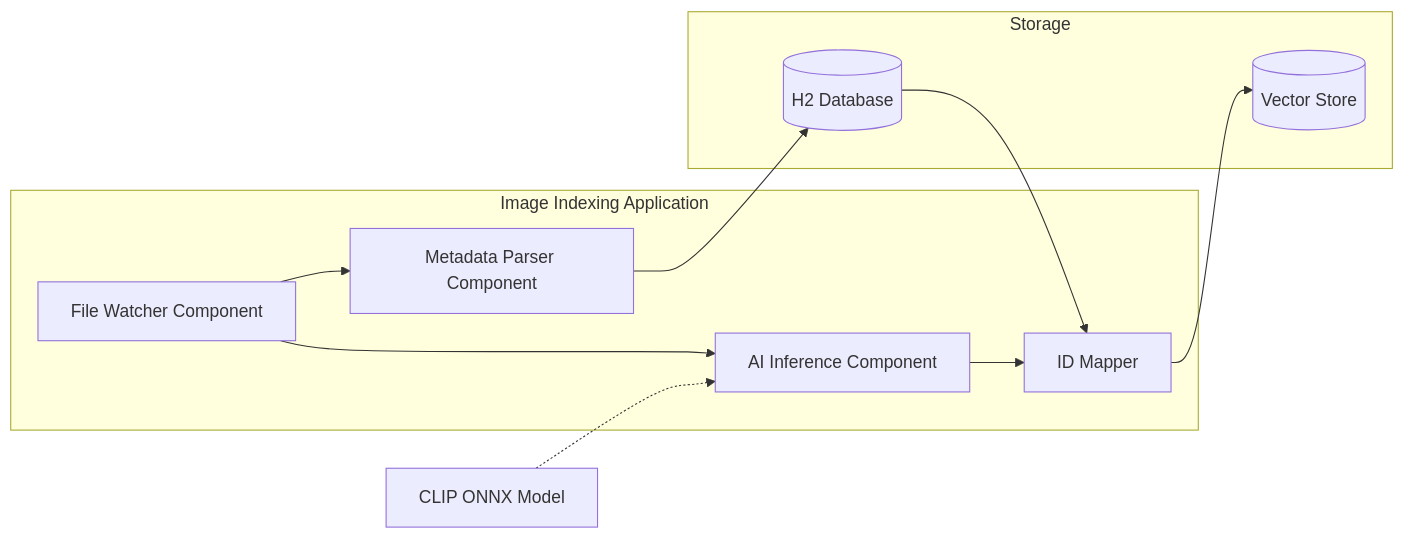
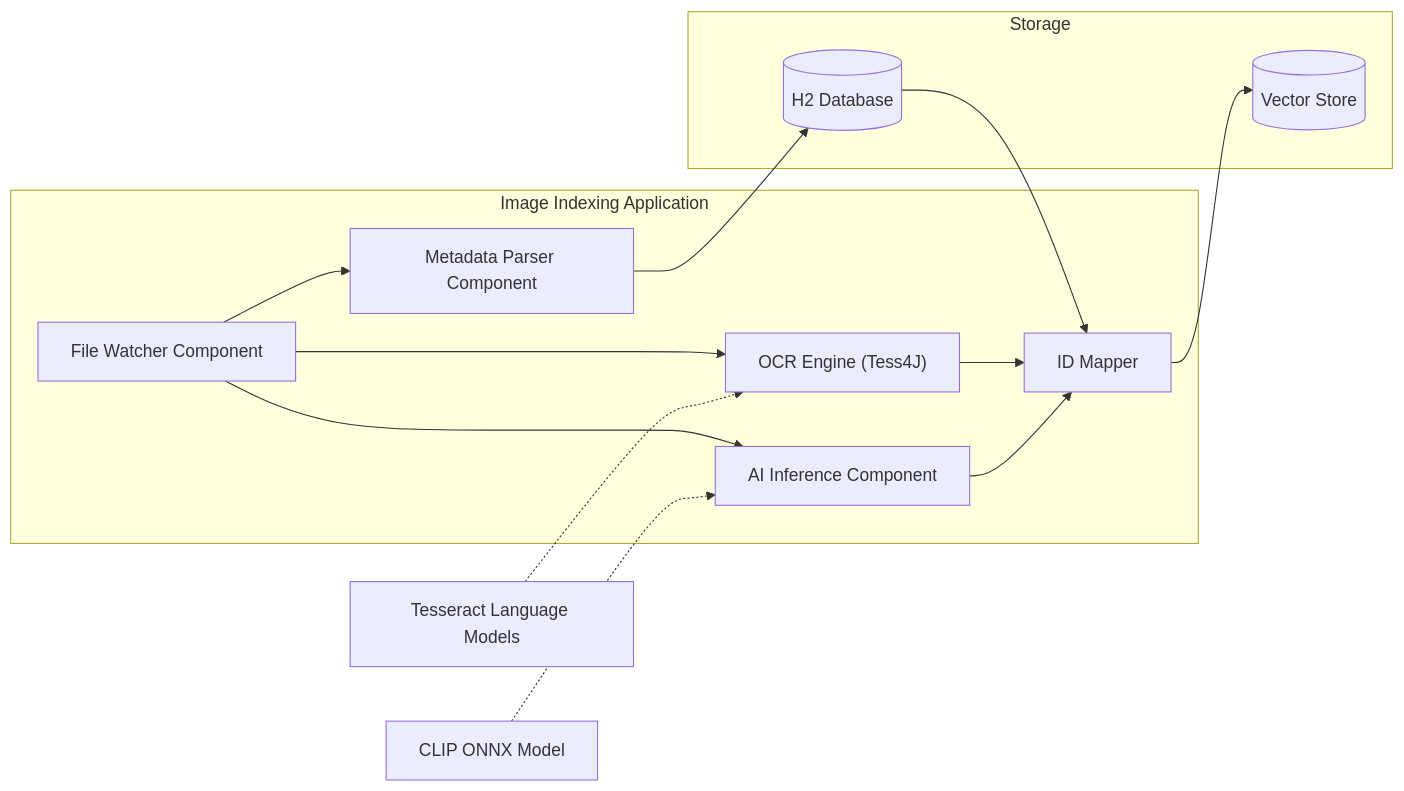
One commit to kalaiselvan-arumugam/SmartGallery changed the diagram in README.md. Above: the diagram before and after it, drawn with Mermaid. The commit also changed other lines of this file, not shown here.

Commit message:
docs: update README with Tess4J OCR architecture and multilingual capabilities

````diff
--- a/README.md
+++ b/README.md
@@ -34,25 +34,30 @@
 ```mermaid
 flowchart LR
 
 subgraph App["Image Indexing Application"]
     Watcher["File Watcher Component"]
     Parser["Metadata Parser Component"]
     AI["AI Inference Component"]
+    OCR["OCR Engine (Tess4J)"]
     Mapper["ID Mapper"]
 end
 
 subgraph Storage["Storage"]
     DB[(H2 Database)]
     VS[(Vector Store)]
 end
 
 Model["CLIP ONNX Model"]
+TessData["Tesseract Language Models"]
 
 Watcher --> Parser
 Watcher --> AI
+Watcher --> OCR
+OCR --> Mapper
 AI --> Mapper
 Parser --> DB
 Mapper --> VS
 DB --> Mapper
 Model -.-> AI
+TessData -.-> OCR
 ```
````
